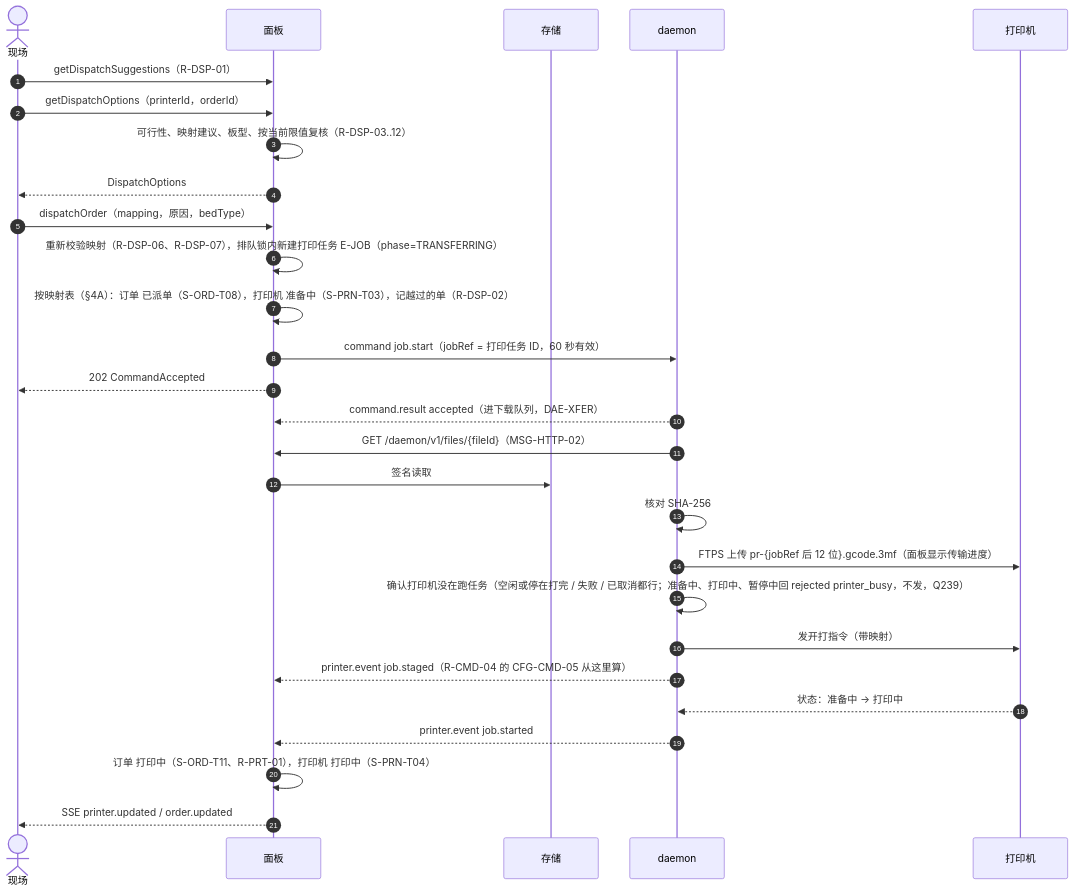
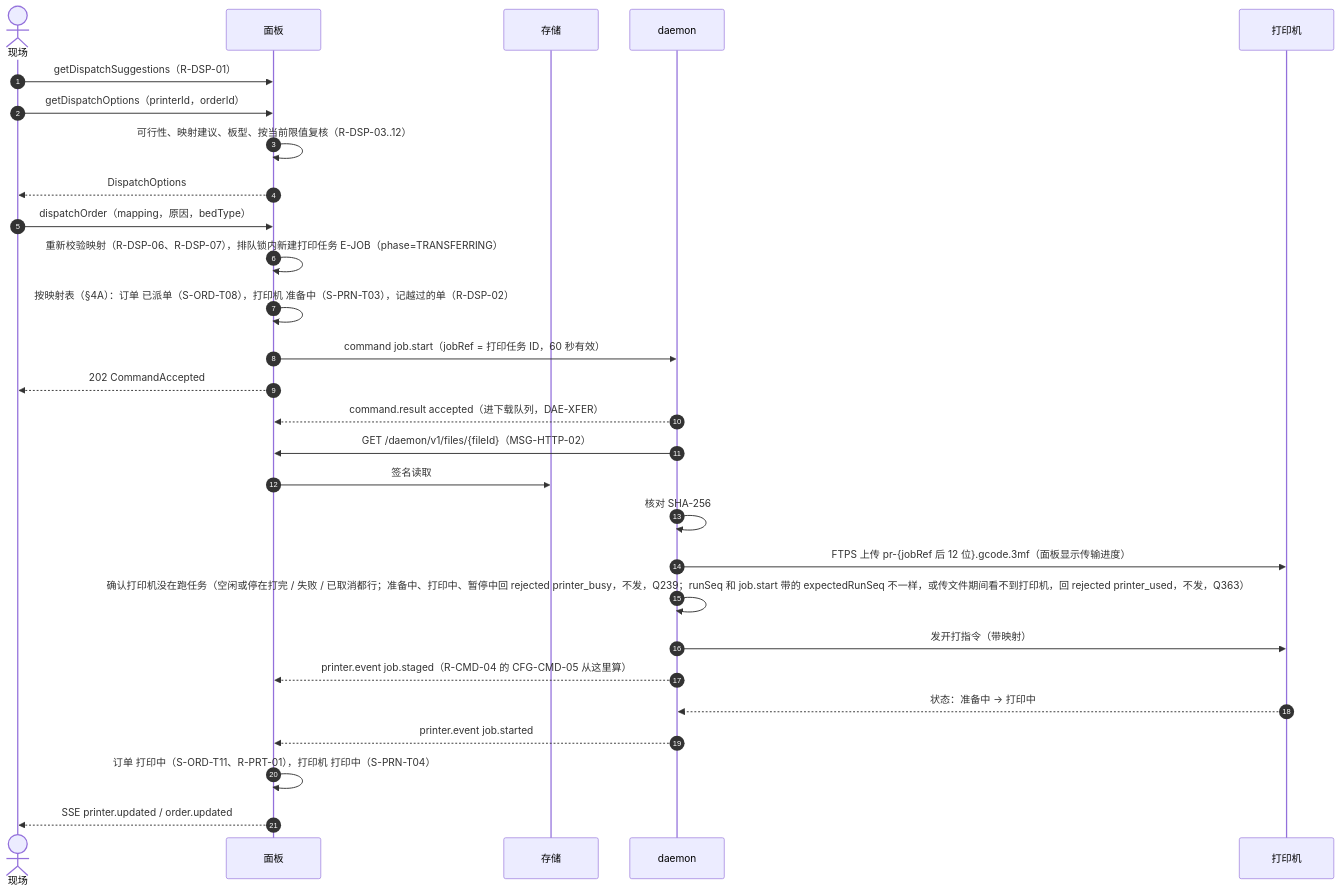
The third of 11 diagrams in docs/design/03-sequences.md (PlateRelay/PlateRelay), drawn with Mermaid before and after one commit. The commit also changed other lines of this file and 5 other files, not shown here.

````diff
--- a/docs/design/03-sequences.md
+++ b/docs/design/03-sequences.md
@@ -115,30 +115,30 @@
 ```mermaid
 sequenceDiagram
   autonumber
   actor S as 现场
   participant P as 面板
   participant O as 存储
   participant D as daemon
   participant R as 打印机
   S->>P: getDispatchSuggestions（R-DSP-01）
   S->>P: getDispatchOptions（printerId，orderId）
   P->>P: 可行性、映射建议、板型、按当前限值复核（R-DSP-03..12）
   P-->>S: DispatchOptions
   S->>P: dispatchOrder（mapping，原因，bedType）
   P->>P: 重新校验映射（R-DSP-06、R-DSP-07），排队锁内新建打印任务 E-JOB（phase=TRANSFERRING）
   P->>P: 按映射表（§4A）：订单 已派单（S-ORD-T08），打印机 准备中（S-PRN-T03），记越过的单（R-DSP-02）
   P->>D: command job.start（jobRef = 打印任务 ID，60 秒有效）
   P-->>S: 202 CommandAccepted
   D-->>P: command.result accepted（进下载队列，DAE-XFER）
   D->>P: GET /daemon/v1/files/{fileId}（MSG-HTTP-02）
   P->>O: 签名读取
   D->>D: 核对 SHA-256
   D->>R: FTPS 上传 pr-{jobRef 后 12 位}.gcode.3mf（面板显示传输进度）
-  D->>D: 确认打印机没在跑任务（空闲或停在打完 / 失败 / 已取消都行；准备中、打印中、暂停中回 rejected printer_busy，不发，Q239）
+  D->>D: 确认打印机没在跑任务（空闲或停在打完 / 失败 / 已取消都行；准备中、打印中、暂停中回 rejected printer_busy，不发，Q239；runSeq 和 job.start 带的 expectedRunSeq 不一样，或传文件期间看不到打印机，回 rejected printer_used，不发，Q363）
   D->>R: 发开打指令（带映射）
   D-->>P: printer.event job.staged（R-CMD-04 的 CFG-CMD-05 从这里算）
   R-->>D: 状态：准备中 → 打印中
   D-->>P: printer.event job.started
   P->>P: 订单 打印中（S-ORD-T11、R-PRT-01），打印机 打印中（S-PRN-T04）
   P-->>S: SSE printer.updated / order.updated
 ```
````
